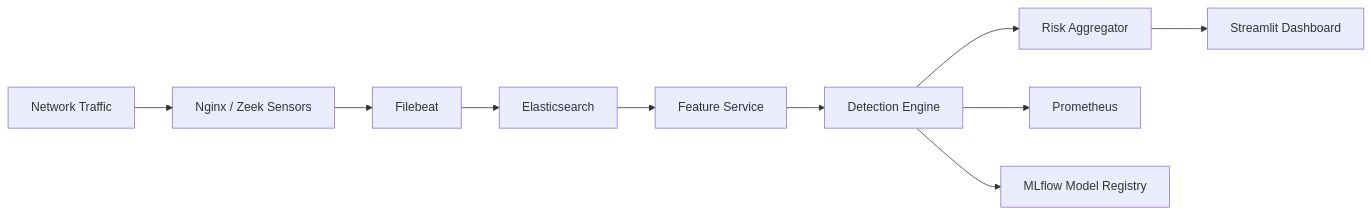
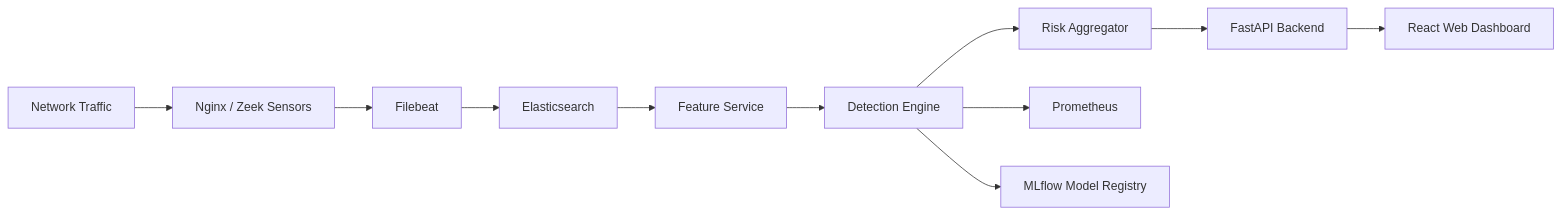
The diagram in README.md (Aarnav-Singh/Hybrid-Behavioral-Intrusion-Detection-System), drawn with Mermaid before and after one commit. The commit also changed other lines of this file and 50 other files, not shown here.

Commit message:
Refactor: Migrate Streamlit dashboard to React SPA and FastAPI WebSockets

````diff
--- a/README.md
+++ b/README.md
@@ -16,12 +16,13 @@
 ```mermaid
 graph LR
     A[Network Traffic] --> B[Nginx / Zeek Sensors]
     B --> C[Filebeat]
     C --> D[Elasticsearch]
     D --> E[Feature Service]
     E --> F[Detection Engine]
     F --> G[Risk Aggregator]
-    G --> H[Streamlit Dashboard]
+    G --> H[FastAPI Backend]
+    H --> I[React Web Dashboard]
     F --> J[Prometheus]
     F --> K[MLflow Model Registry]
 ```
````
